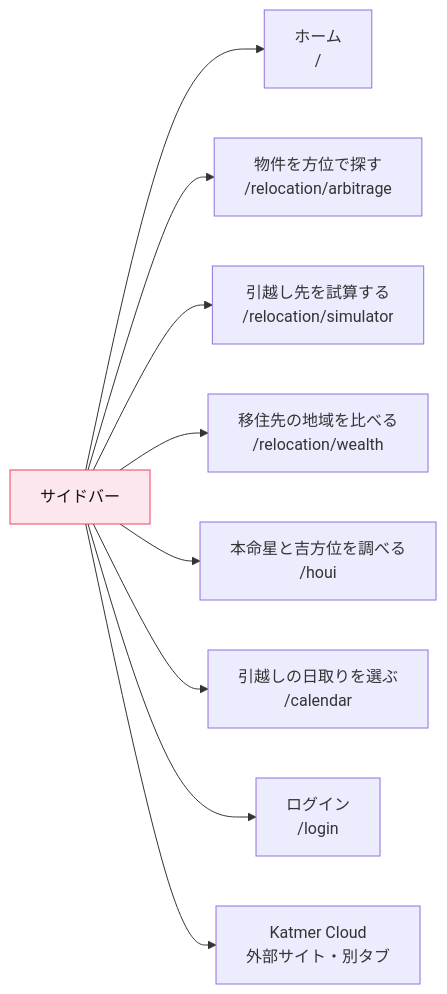
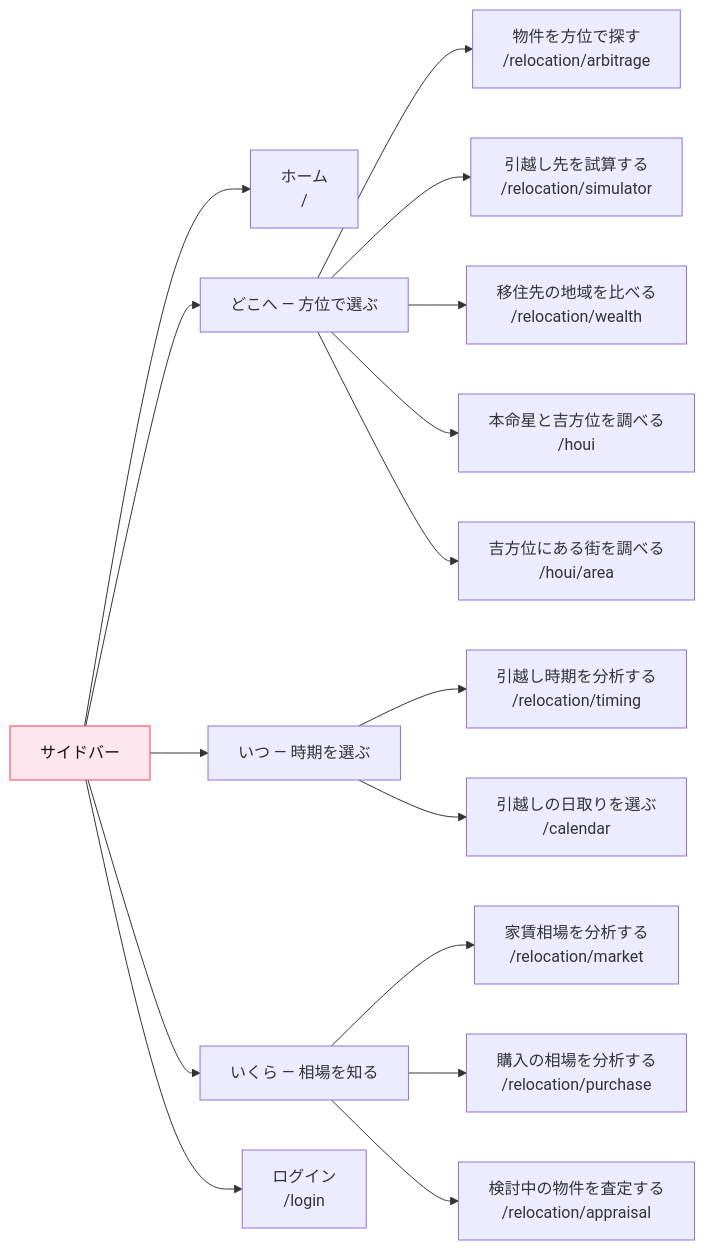
One commit to ishibashm/portfolio changed the second of 5 diagrams in docs/qa/README.md. Above: the diagram before and after it, drawn with Mermaid. The commit also changed other lines of this file and 2 other files, not shown here.

Commit message:
QA 手順書から Katmer の記述を外し、サイドバーの並びを現状に合わせる
「本ドメインにもリンクがある」という指摘を受けて全ファイルを当たった。
コードには**もう 1 つも残っていない**（#874 でサイドバーの導線を消した）。
残っていたのは QA 手順書の 3 か所で、どれも押す先の説明だった。

  00-common.md  サイドバー下部の一覧・折りたたみで消える要素・挙動表
  01-home.md    /dashboard の章にあった Second Brain とカードの飛び先
  README.md     導線図の外部サイトの節

畳むと決めたものを手順書が「別タブで開く」と説明したままだと、確認する
人がそこを押して 404 を見る。

## ついでに直したもの（同じ表の中の食い違い）

サイドバーの一覧が **5 項目のまま**だった。#48 で 3 群（どこへ／いつ／
いくら）に組み直して 10 本になっているので、群ごと書き直した。README の
導線図も同じ（「この 8 つしか出ません」と書いてあった）。**Katmer の行
だけ消すと、同じ表の残りが嘘のまま残る。**

アイコン欄は実装（CORE_ICONS）から引いた。purchase と appraisal は表に
無く既定のコンパスに落ちていて、/houi と同じ絵が 3 つ並ぶ。手順書には
「コンパス（既定）」と書いてある。直すなら別途。

## 触っていないもの

- **/dashboard の章そのもの**（01-home.md 2 節）。削除済みの画面の説明が
  丸ごと残っているが、同じ種類の古さが 00-common.md の保護対象一覧にも
  あり（/metaphysical /trends /rentals /visualizer /x-viewer /research）、
  まとめて別の PR で当たる
- ログイン後の既定の戻り先を `/dashboard` と書いている箇所。**コードは
  正しい**（auth/callback は指定が無ければトップへ返す）ので、手順書だけ
  の食い違い。上と同じ PR で直す

Claude-Session: https://claude.ai/code/session_01FCJu256A8BtRGyBdnFG9Ls

````diff
--- a/docs/qa/README.md
+++ b/docs/qa/README.md
@@ -83,13 +83,20 @@
 ```mermaid
 flowchart LR
     SIDE["サイドバー"] --> H["ホーム<br/>/"]
-    SIDE --> G1["物件を方位で探す<br/>/relocation/arbitrage"]
-    SIDE --> G2["引越し先を試算する<br/>/relocation/simulator"]
-    SIDE --> G3["移住先の地域を比べる<br/>/relocation/wealth"]
-    SIDE --> G4["本命星と吉方位を調べる<br/>/houi"]
-    SIDE --> G5["引越しの日取りを選ぶ<br/>/calendar"]
+    SIDE --> D["どこへ — 方位で選ぶ"]
+    D --> D1["物件を方位で探す<br/>/relocation/arbitrage"]
+    D --> D2["引越し先を試算する<br/>/relocation/simulator"]
+    D --> D3["移住先の地域を比べる<br/>/relocation/wealth"]
+    D --> D4["本命星と吉方位を調べる<br/>/houi"]
+    D --> D5["吉方位にある街を調べる<br/>/houi/area"]
+    SIDE --> T["いつ — 時期を選ぶ"]
+    T --> T1["引越し時期を分析する<br/>/relocation/timing"]
+    T --> T2["引越しの日取りを選ぶ<br/>/calendar"]
+    SIDE --> M["いくら — 相場を知る"]
+    M --> M1["家賃相場を分析する<br/>/relocation/market"]
+    M --> M2["購入の相場を分析する<br/>/relocation/purchase"]
+    M --> M3["検討中の物件を査定する<br/>/relocation/appraisal"]
     SIDE --> LOGIN["ログイン<br/>/login"]
-    SIDE --> EXT["Katmer Cloud<br/>外部サイト・別タブ"]
 
     style SIDE fill:#fde7ef,stroke:#f43f5e,color:#111
 ```
````
